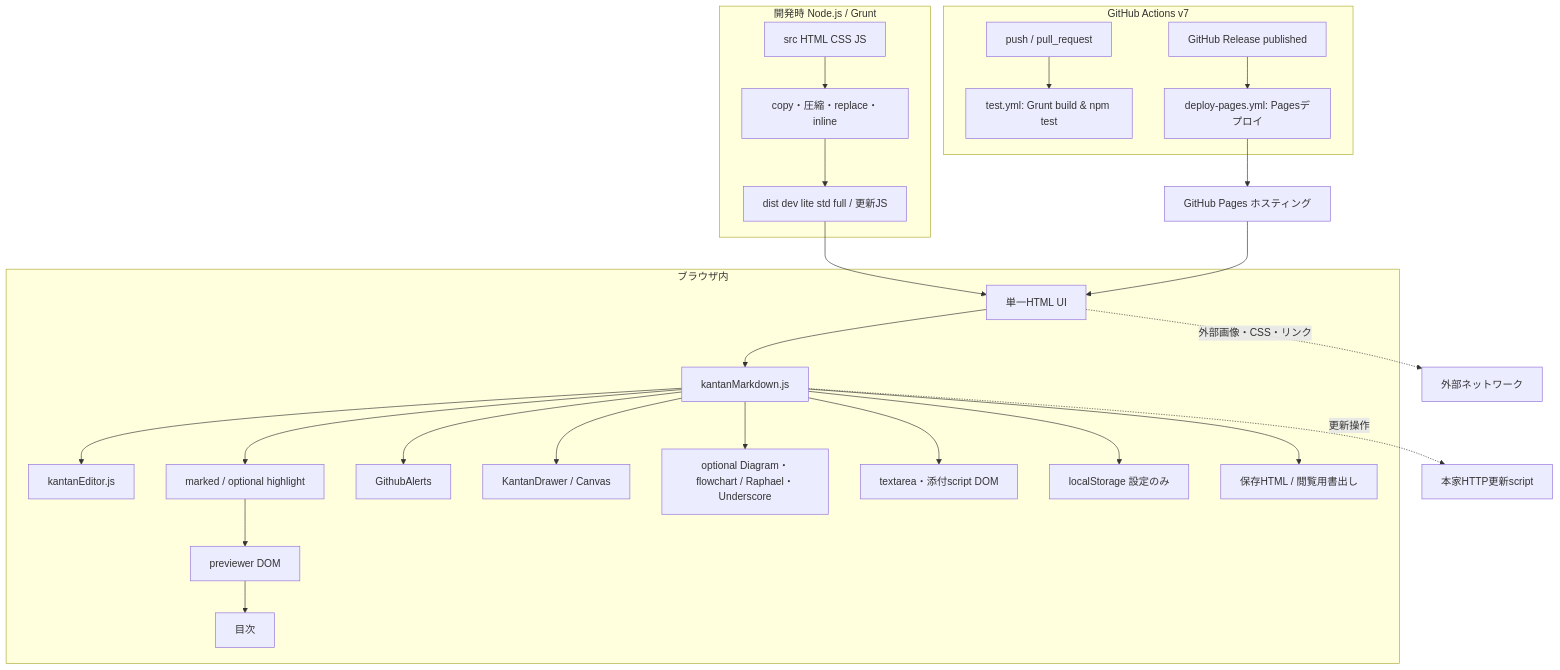
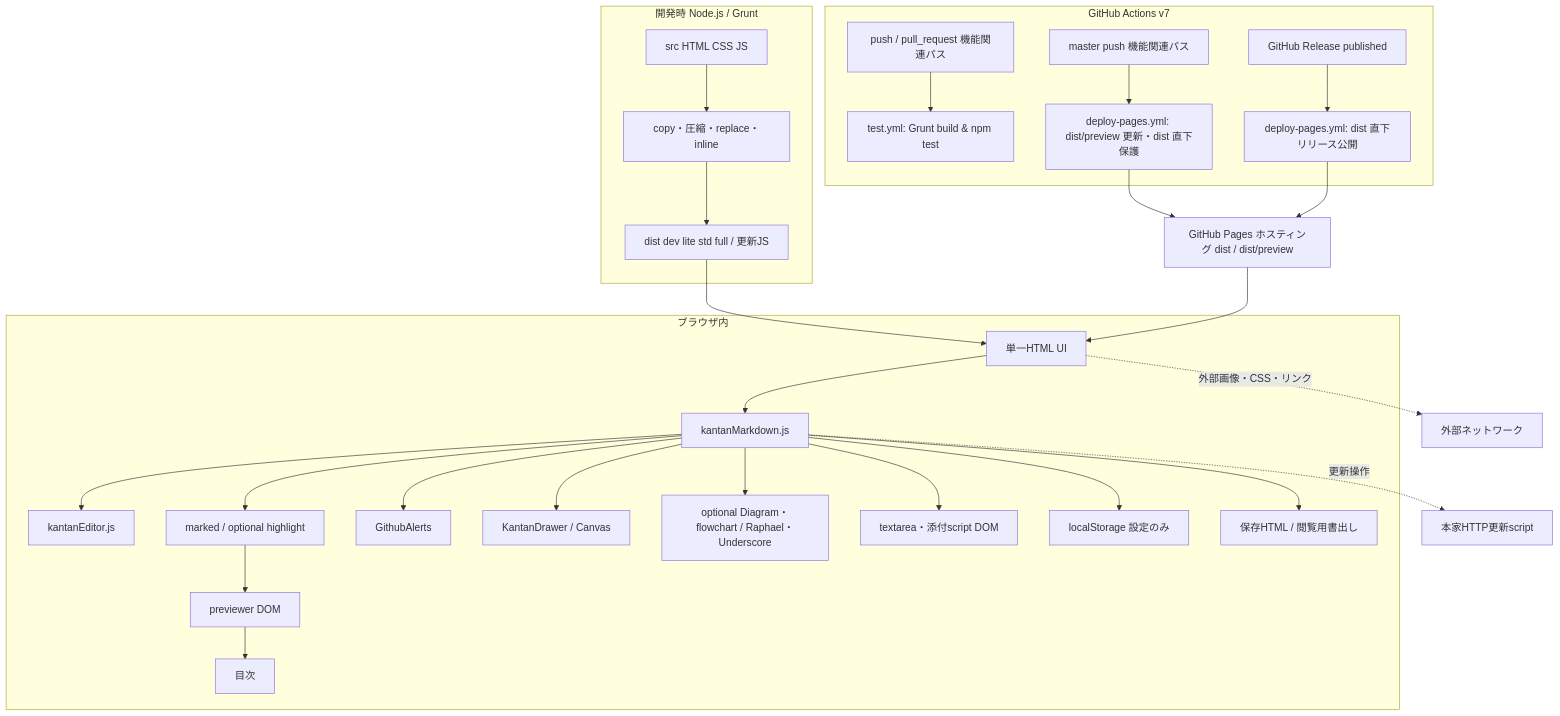
Before and after one commit to hiro-gj/KanTanMarkdown: the diagram in .gear/3_詳細設計/34_アーキテクチャ構成図.md, drawn with Mermaid. The commit also changed 10 other files, not shown here.

````diff
--- a/.gear/3_詳細設計/34_アーキテクチャ構成図.md
+++ b/.gear/3_詳細設計/34_アーキテクチャ構成図.md
@@ -3,29 +3,31 @@
 ```mermaid
 flowchart TD
  subgraph Dev[開発時 Node.js / Grunt]
  SRC[src HTML CSS JS] --> GRUNT[copy・圧縮・replace・inline]
  GRUNT --> DIST[dist dev lite std full / 更新JS]
  end
  subgraph CI_CD[GitHub Actions v7]
- PUSH_PR[push / pull_request] --> TEST_WF[test.yml: Grunt build & npm test]
- REL[GitHub Release published] --> DEPLOY_WF[deploy-pages.yml: Pagesデプロイ]
+ PUSH_PR[push / pull_request 機能関連パス] --> TEST_WF[test.yml: Grunt build & npm test]
+ MERGE_MASTER[master push 機能関連パス] --> DEPLOY_WF[deploy-pages.yml: dist/preview 更新・dist 直下保護]
+ REL[GitHub Release published] --> DEPLOY_WF_REL[deploy-pages.yml: dist 直下リリース公開]
  end
  subgraph Browser[ブラウザ内]
  UI[単一HTML UI] --> CORE[kantanMarkdown.js]
  CORE --> EDIT[kantanEditor.js]
  CORE --> PARSE[marked / optional highlight]
  PARSE --> PREVIEW[previewer DOM]
  CORE --> ALERT[GithubAlerts]
  CORE --> DRAW[KantanDrawer / Canvas]
  CORE --> DIAGRAM[optional Diagram・flowchart / Raphael・Underscore]
  CORE --> DATA[textarea・添付script DOM]
  CORE --> SETTINGS[localStorage 設定のみ]
  CORE --> OUTPUT[保存HTML / 閲覧用書出し]
  PREVIEW --> TOC[目次]
  end
  DIST --> UI
- DEPLOY_WF --> PAGES[GitHub Pages ホスティング]
+ DEPLOY_WF --> PAGES[GitHub Pages ホスティング dist / dist/preview]
+ DEPLOY_WF_REL --> PAGES
  PAGES --> UI
  CORE -. 更新操作 .-> REMOTE[本家HTTP更新script]
  UI -. 外部画像・CSS・リンク .-> NET[外部ネットワーク]
 ```
````
